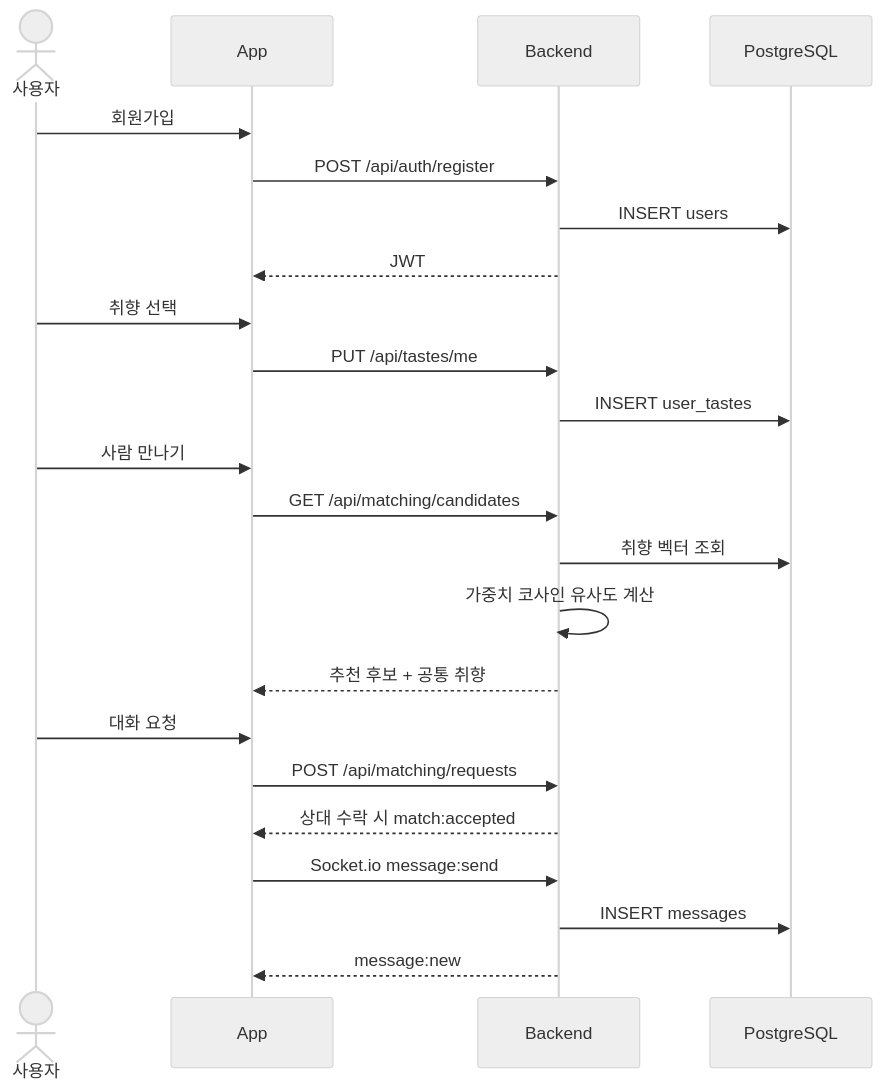
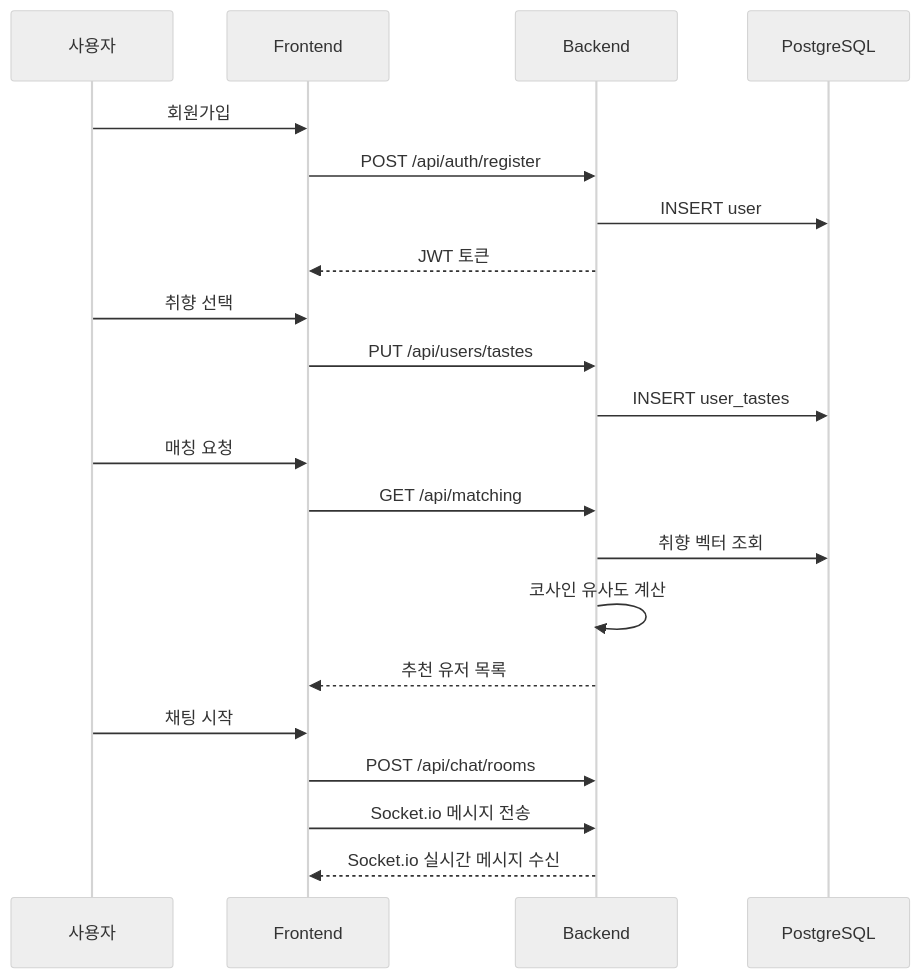
One commit to heejung72/Orbit changed the third of 3 diagrams in README.md. Above: the diagram before and after it, drawn with Mermaid (neutral theme). The commit also changed other lines of this file and 17 other files, not shown here.

````diff
--- a/README.md
+++ b/README.md
@@ -122,29 +95,27 @@
 ```mermaid
 sequenceDiagram
-    actor U as 사용자
-    participant F as App
+    participant U as 사용자
+    participant F as Frontend
     participant B as Backend
     participant D as PostgreSQL
 
     U->>F: 회원가입
     F->>B: POST /api/auth/register
-    B->>D: INSERT users
-    B-->>F: JWT
+    B->>D: INSERT user
+    B-->>F: JWT 토큰
 
     U->>F: 취향 선택
-    F->>B: PUT /api/tastes/me
+    F->>B: PUT /api/users/tastes
     B->>D: INSERT user_tastes
 
-    U->>F: 사람 만나기
-    F->>B: GET /api/matching/candidates
+    U->>F: 매칭 요청
+    F->>B: GET /api/matching
     B->>D: 취향 벡터 조회
-    B->>B: 가중치 코사인 유사도 계산
-    B-->>F: 추천 후보 + 공통 취향
+    B->>B: 코사인 유사도 계산
+    B-->>F: 추천 유저 목록
 
-    U->>F: 대화 요청
-    F->>B: POST /api/matching/requests
-    B-->>F: 상대 수락 시 match:accepted
-    F->>B: Socket.io message:send
-    B->>D: INSERT messages
-    B-->>F: message:new
+    U->>F: 채팅 시작
+    F->>B: POST /api/chat/rooms
+    F->>B: Socket.io 메시지 전송
+    B-->>F: Socket.io 실시간 메시지 수신
 ```
````
